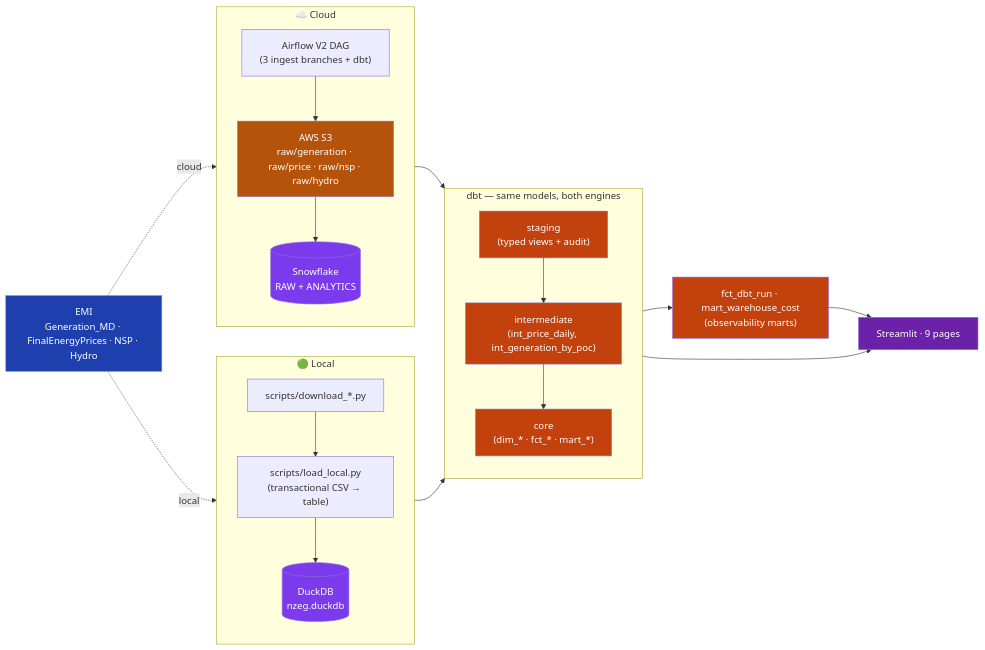
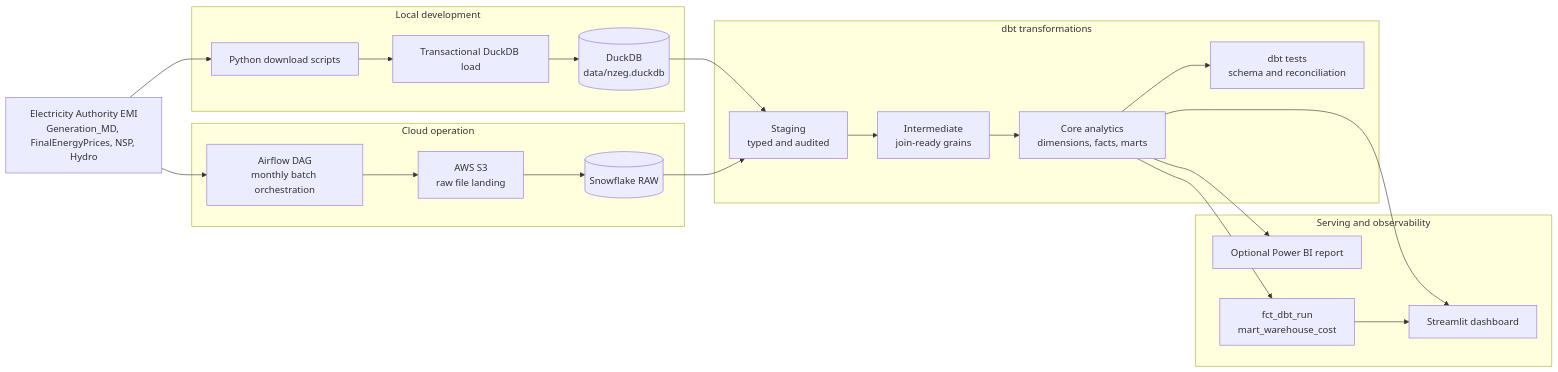
One commit to gaoxinglin/nz-electricity-generation-batch-pipeline changed the diagram in README.md. Above: the diagram before and after it, drawn with Mermaid. The commit also changed other lines of this file and 20 other files, not shown here.

First line of the commit message:
Enhance Snowflake integration and improve Terraform and Airflow management (#7)

````diff
--- a/README.md
+++ b/README.md
@@ -65,49 +36,38 @@
 ```mermaid
 flowchart LR
-    EMI["EMI<br/>Generation_MD · FinalEnergyPrices · NSP · Hydro"]
+    EMI["Electricity Authority EMI<br/>Generation_MD, FinalEnergyPrices, NSP, Hydro"]
 
-    subgraph LOCAL["🟢 Local"]
-      direction TB
-      DLS["scripts/download_*.py"]
-      LOAD["scripts/load_local.py<br/>(transactional CSV → table)"]
-      DUCK[("DuckDB<br/>nzeg.duckdb")]
+    subgraph LOCAL["Local development"]
+        L_EXTRACT["Python download scripts"]
+        L_LOAD["Transactional DuckDB load"]
+        DUCK[("DuckDB<br/>data/nzeg.duckdb")]
     end
 
-    subgraph CLOUD["☁️ Cloud"]
-      direction TB
-      AF["Airflow V2 DAG<br/>(3 ingest branches + dbt)"]
-      S3["AWS S3<br/>raw/generation · raw/price · raw/nsp · raw/hydro"]
-      SF[("Snowflake<br/>RAW + ANALYTICS")]
+    subgraph CLOUD["Cloud operation"]
+        AF["Airflow DAG<br/>monthly batch orchestration"]
+        S3["AWS S3<br/>raw file landing"]
+        SF_RAW[("Snowflake RAW")]
     end
 
-    EMI -.local.-> DLS --> LOAD --> DUCK
-    EMI -.cloud.-> AF --> S3 --> SF
-
-    subgraph DBT["dbt — same models, both engines"]
-      direction TB
-      STG["staging<br/>(typed views + audit)"]
-      INT["intermediate<br/>(int_price_daily, int_generation_by_poc)"]
-      CORE["core<br/>(dim_* · fct_* · mart_*)"]
+    subgraph DBT["dbt transformations"]
+        STG["Staging<br/>typed and audited"]
+        INT["Intermediate<br/>join-ready grains"]
+        CORE["Core analytics<br/>dimensions, facts, marts"]
+        TESTS["dbt tests<br/>schema and reconciliation"]
     end
 
+    subgraph SERVE["Serving and observability"]
+        ST["Streamlit dashboard"]
+        BI["Optional Power BI report"]
+        OBS["fct_dbt_run<br/>mart_warehouse_cost"]
+    end
+
+    EMI --> L_EXTRACT --> L_LOAD --> DUCK
+    EMI --> AF --> S3 --> SF_RAW
     DUCK --> STG
-    SF --> STG
-    STG --> INT --> CORE
-
-    OBS["fct_dbt_run · mart_warehouse_cost<br/>(observability marts)"]
-    ST["Streamlit · 9 pages"]
+    SF_RAW --> STG
+    STG --> INT --> CORE --> TESTS
     CORE --> ST
-    CORE --> OBS
-    OBS --> ST
-
-    classDef src fill:#1e40af,color:#fff
-    classDef store fill:#b45309,color:#fff
-    classDef warehouse fill:#7c3aed,color:#fff
-    classDef dbt fill:#c2410c,color:#fff
-    classDef view fill:#6b21a8,color:#fff
-    class EMI src
-    class S3 store
-    class DUCK,SF warehouse
-    class STG,INT,CORE,OBS dbt
-    class ST view
+    CORE --> BI
+    CORE --> OBS --> ST
 ```
````
